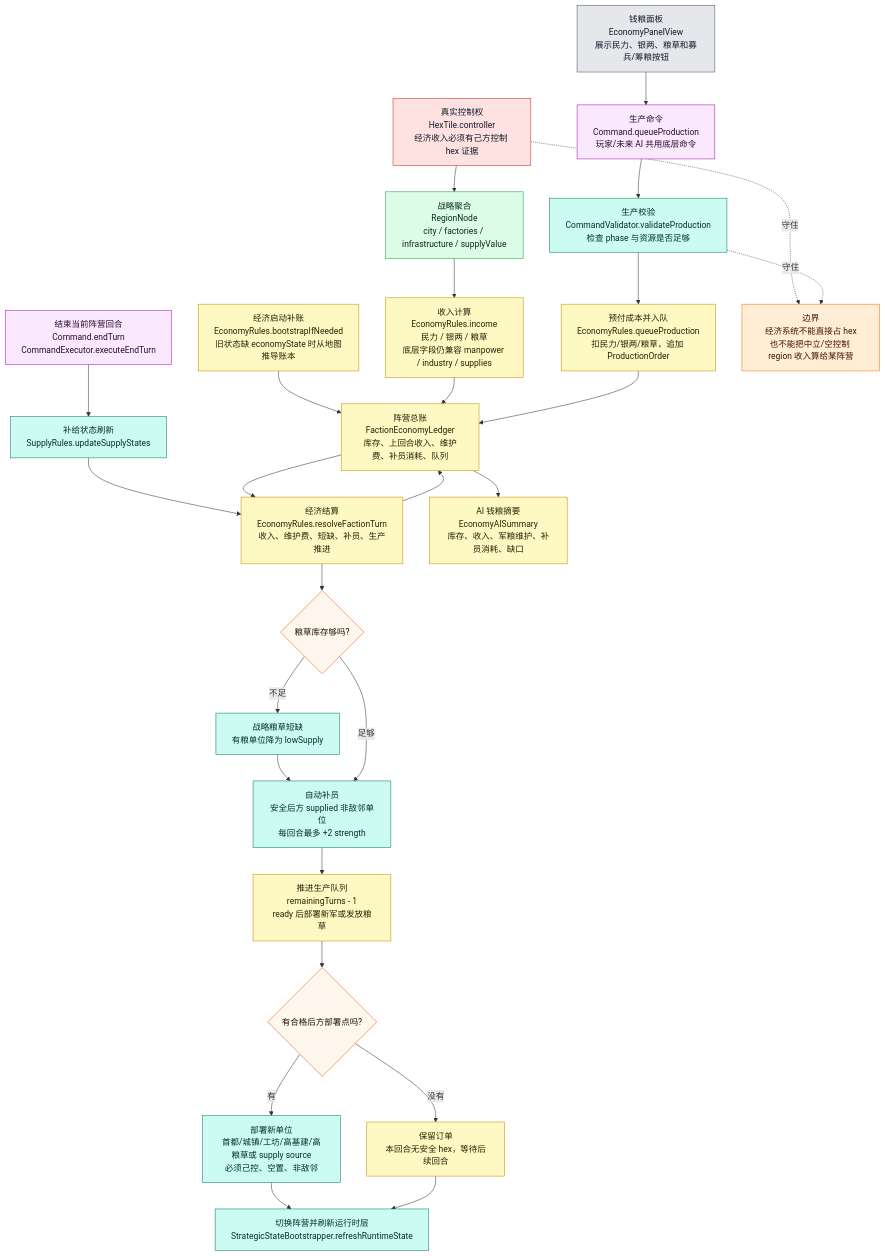
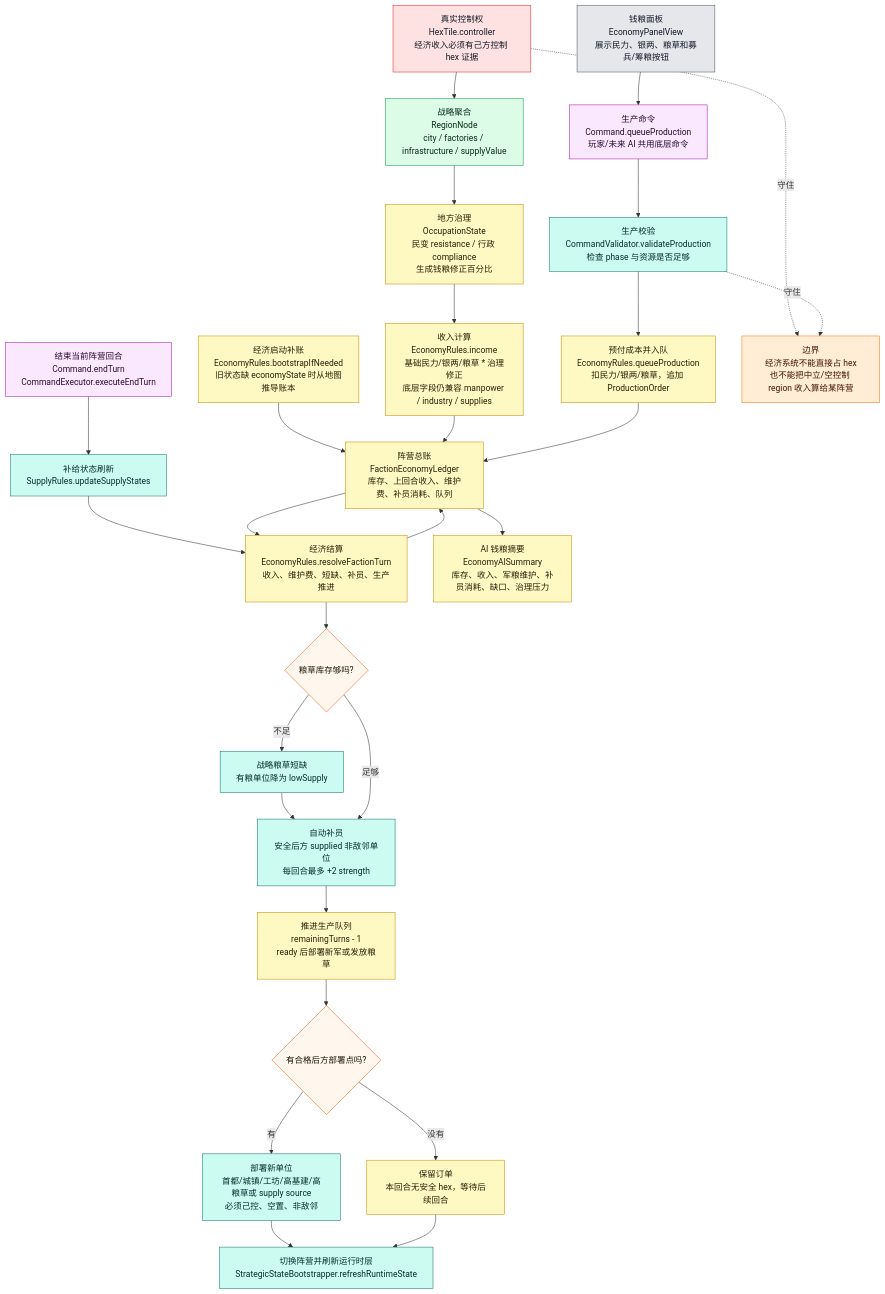
One commit to Altman-sam114/123 changed the fourth of 9 diagrams in md/flow/flowchart.md. Above: the diagram before and after it, drawn with Mermaid. The commit also changed other lines of this file and 16 other files, not shown here.

````diff
--- a/md/flow/flowchart.md
+++ b/md/flow/flowchart.md
@@ -214,53 +214,54 @@
 ```mermaid
 flowchart TD
     BOOT["经济启动补账<br/>EconomyRules.bootstrapIfNeeded<br/>旧状态缺 economyState 时从地图推导账本"]:::economy
     HEX["真实控制权<br/>HexTile.controller<br/>经济收入必须有己方控制 hex 证据"]:::authority
     REGION["战略聚合<br/>RegionNode<br/>city / factories / infrastructure / supplyValue"]:::derived
-    INCOME["收入计算<br/>EconomyRules.income<br/>民力 / 银两 / 粮草<br/>底层字段仍兼容 manpower / industry / supplies"]:::economy
+    GOV["地方治理<br/>OccupationState<br/>民变 resistance / 行政 compliance<br/>生成钱粮修正百分比"]:::economy
+    INCOME["收入计算<br/>EconomyRules.income<br/>基础民力/银两/粮草 * 治理修正<br/>底层字段仍兼容 manpower / industry / supplies"]:::economy
     LEDGER["阵营总账<br/>FactionEconomyLedger<br/>库存、上回合收入、维护费、补员消耗、队列"]:::economy
 
     UI["钱粮面板<br/>EconomyPanelView<br/>展示民力、银两、粮草和募兵/筹粮按钮"]:::ui
     QUEUE["生产命令<br/>Command.queueProduction<br/>玩家/未来 AI 共用底层命令"]:::command
     VALIDATE["生产校验<br/>CommandValidator.validateProduction<br/>检查 phase 与资源是否足够"]:::rules
     PAY["预付成本并入队<br/>EconomyRules.queueProduction<br/>扣民力/银两/粮草，追加 ProductionOrder"]:::economy
 
     END["结束当前阵营回合<br/>Command.endTurn<br/>CommandExecutor.executeEndTurn"]:::command
     SUPPLY["补给状态刷新<br/>SupplyRules.updateSupplyStates"]:::rules
     RESOLVE["经济结算<br/>EconomyRules.resolveFactionTurn<br/>收入、维护费、短缺、补员、生产推进"]:::economy
     SHORT{"粮草库存够吗?"}:::decision
     LOW["战略粮草短缺<br/>有粮单位降为 lowSupply"]:::rules
     REINF["自动补员<br/>安全后方 supplied 非敌邻单位<br/>每回合最多 +2 strength"]:::rules
     PROD["推进生产队列<br/>remainingTurns - 1<br/>ready 后部署新军或发放粮草"]:::economy
     DEPLOY{"有合格后方部署点吗?"}:::decision
     SPAWN["部署新单位<br/>首都/城镇/工坊/高基建/高粮草或 supply source<br/>必须己控、空置、非敌邻"]:::rules
     WAIT["保留订单<br/>本回合无安全 hex，等待后续回合"]:::economy
     NEXT["切换阵营并刷新运行时层<br/>StrategicStateBootstrapper.refreshRuntimeState"]:::rules
 
     BOOT --> LEDGER
-    HEX --> REGION --> INCOME --> LEDGER
+    HEX --> REGION --> GOV --> INCOME --> LEDGER
     UI --> QUEUE --> VALIDATE --> PAY --> LEDGER
     END --> SUPPLY --> RESOLVE
     LEDGER --> RESOLVE
     RESOLVE --> SHORT
     SHORT -->|不足| LOW --> REINF
     SHORT -->|足够| REINF
     REINF --> PROD --> DEPLOY
     DEPLOY -->|有| SPAWN --> NEXT
     DEPLOY -->|没有| WAIT --> NEXT
     RESOLVE --> LEDGER
 
-    LEDGER --> AISUM["AI 钱粮摘要<br/>EconomyAISummary<br/>库存、收入、军粮维护、补员消耗、缺口"]:::economy
+    LEDGER --> AISUM["AI 钱粮摘要<br/>EconomyAISummary<br/>库存、收入、军粮维护、补员消耗、缺口、治理压力"]:::economy
 
     WARN["边界<br/>经济系统不能直接占 hex<br/>也不能把中立/空控制 region 收入算给某阵营"]:::warn
     HEX -.守住.-> WARN
     VALIDATE -.守住.-> WARN
 
     classDef authority fill:#fee2e2,stroke:#dc2626,color:#111827
     classDef derived fill:#dcfce7,stroke:#16a34a,color:#052e16
     classDef economy fill:#fef9c3,stroke:#ca8a04,color:#292107
     classDef command fill:#fae8ff,stroke:#a21caf,color:#2a0a2f
     classDef rules fill:#ccfbf1,stroke:#0f766e,color:#042f2e
     classDef decision fill:#fff7ed,stroke:#ea580c,color:#1f1300
     classDef ui fill:#e5e7eb,stroke:#4b5563,color:#111827
     classDef warn fill:#ffedd5,stroke:#f97316,color:#431407
 ```
````
